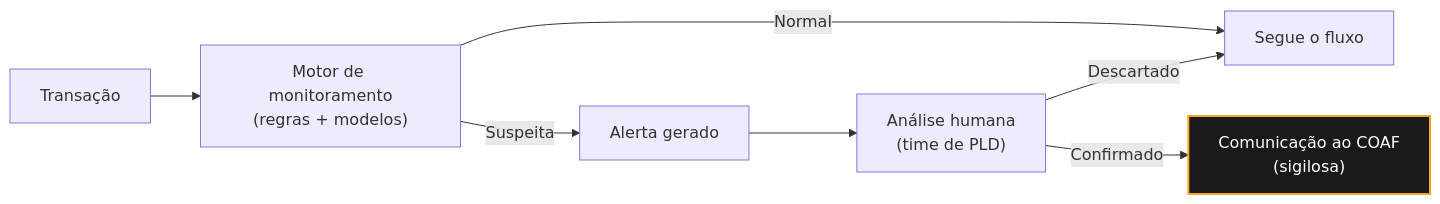
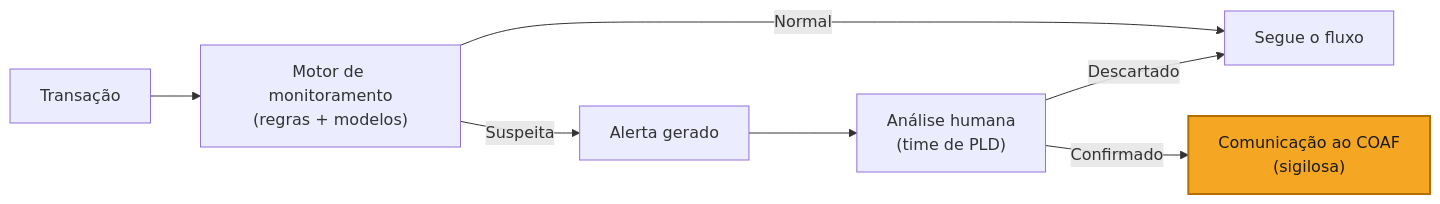
Diagram 19 of 23 in apostila-sistema-financeiro-brasileiro-dev.md (danielbfr3/sobre_aws), drawn with Mermaid before and after one commit. The commit also changed other lines of this file, not shown here.

````diff
--- a/apostila-sistema-financeiro-brasileiro-dev.md
+++ b/apostila-sistema-financeiro-brasileiro-dev.md
@@ -2164,11 +2904,12 @@
 ```mermaid
 graph LR
+    classDef destaque fill:#f5a623,stroke:#b36d00,color:#1a1a1a,stroke-width:2px
     T["Transação"] --> M["Motor de monitoramento<br/>(regras + modelos)"]
     M -->|Normal| OK["Segue o fluxo"]
     M -->|Suspeita| A["Alerta gerado"]
     A --> AN["Análise humana<br/>(time de PLD)"]
     AN -->|Descartado| OK
     AN -->|Confirmado| COAF["Comunicação ao COAF<br/>(sigilosa)"]
 
-    style COAF fill:#1a1a1a,color:#fff,stroke:#f5a623,stroke-width:2px
+    class COAF destaque
 ```
````
